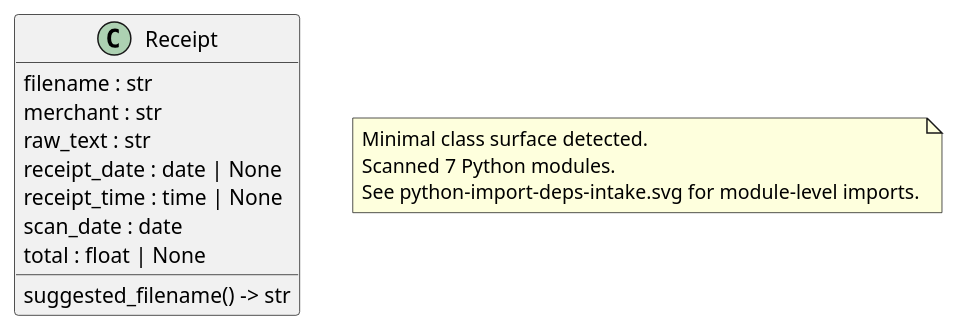
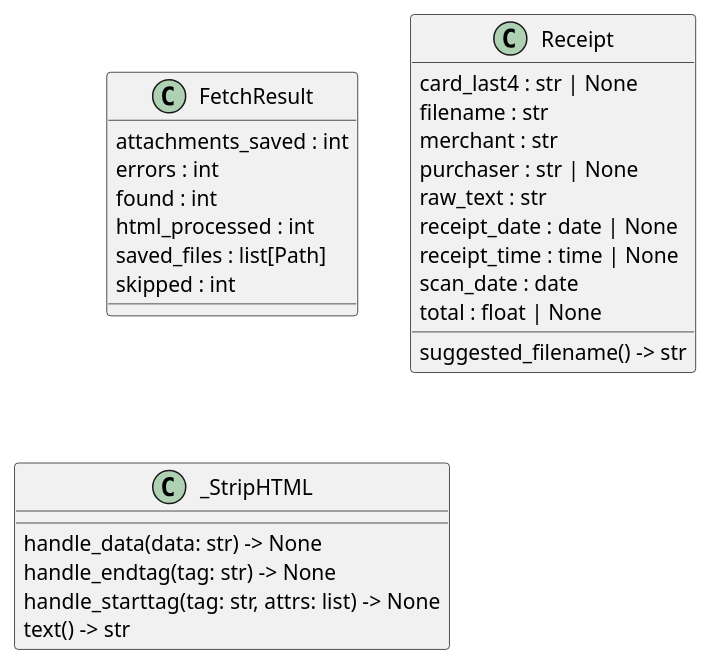
The diagram in docs/diagrams/python-classes.puml (casonk/intake), drawn with PlantUML before and after one commit. The commit also changed 10 other files, not shown here.

```diff
--- a/docs/diagrams/python-classes.puml
+++ b/docs/diagrams/python-classes.puml
@@ -1,18 +1,29 @@
 @startuml classes_intake
 set namespaceSeparator none
+class "FetchResult" as intake.email.FetchResult {
+  attachments_saved : int
+  errors : int
+  found : int
+  html_processed : int
+  saved_files : list[Path]
+  skipped : int
+}
 class "Receipt" as intake.parse.Receipt {
+  card_last4 : str | None
   filename : str
   merchant : str
+  purchaser : str | None
   raw_text : str
   receipt_date : date | None
   receipt_time : time | None
   scan_date : date
   total : float | None
   suggested_filename() -> str
 }
-note as archilityPythonSurfaceNote
-Minimal class surface detected.
-Scanned 7 Python modules.
-See python-import-deps-intake.svg for module-level imports.
-end note
+class "_StripHTML" as intake.email._StripHTML {
+  handle_data(data: str) -> None
+  handle_endtag(tag: str) -> None
+  handle_starttag(tag: str, attrs: list) -> None
+  text() -> str
+}
 @enduml
```
